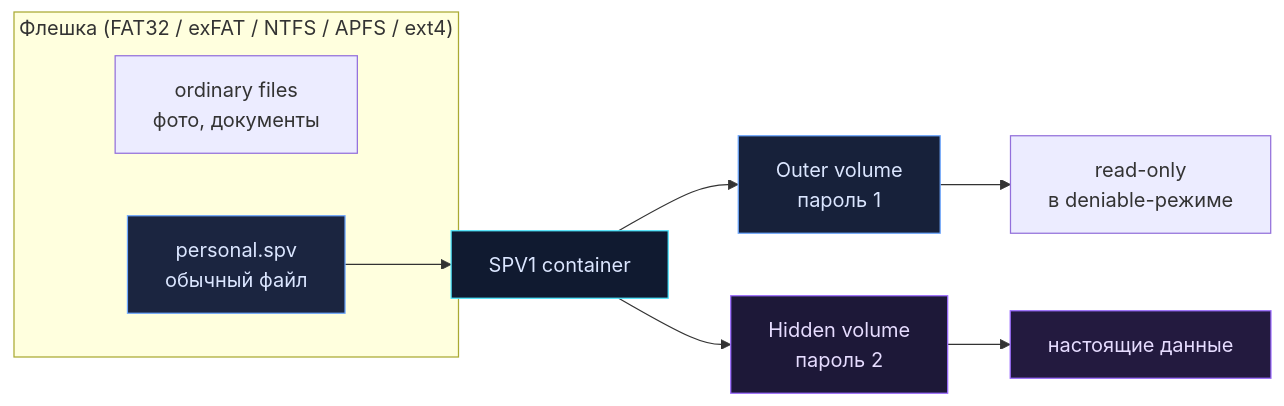
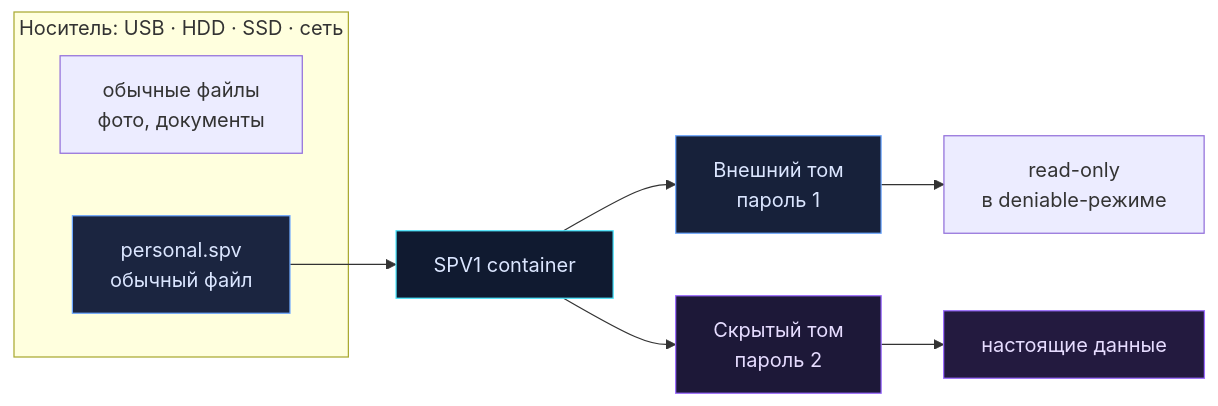
Before and after one commit to AmazingCoderA/secretpiece: the diagram in README.md, drawn with Mermaid. The commit also changed other lines of this file and 21 other files, not shown here.

````diff
--- a/README.md
+++ b/README.md
@@ -43,17 +62,17 @@
 ```mermaid
 flowchart LR
-    subgraph USB["Флешка (FAT32 / exFAT / NTFS / APFS / ext4)"]
-        A["ordinary files<br/>фото, документы"] 
+    subgraph DISK["Носитель: USB · HDD · SSD · сеть"]
+        A["обычные файлы<br/>фото, документы"]
         B["personal.spv<br/>обычный файл"]
     end
     B --> C["SPV1 container"]
-    C --> D["Outer volume<br/>пароль 1"]
-    C --> E["Hidden volume<br/>пароль 2"]
+    C --> D["Внешний том<br/>пароль 1"]
+    C --> E["Скрытый том<br/>пароль 2"]
     D --> F["read-only<br/>в deniable-режиме"]
     E --> G["настоящие данные"]
     style B fill:#1b2540,stroke:#6ea8ff,color:#dbe6ff
     style C fill:#101a30,stroke:#4de8ff,color:#dbe6ff
     style D fill:#17213a,stroke:#6ea8ff,color:#dbe6ff
     style E fill:#1d1838,stroke:#9b6bff,color:#e6dcff
     style G fill:#231a3f,stroke:#9b6bff,color:#e6dcff
 ```
````
